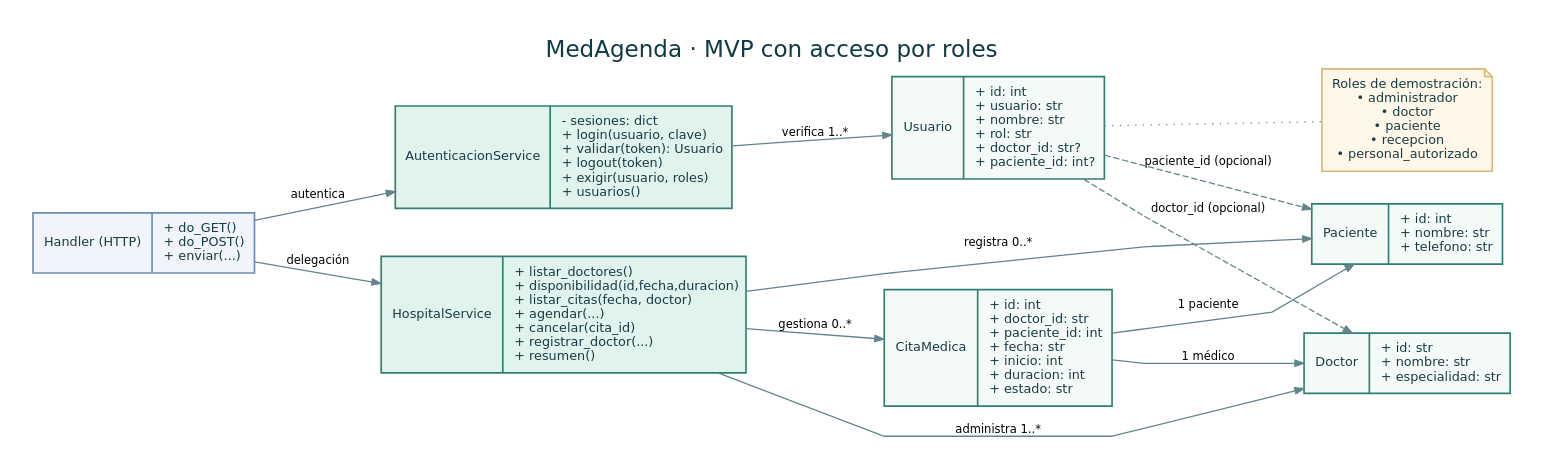
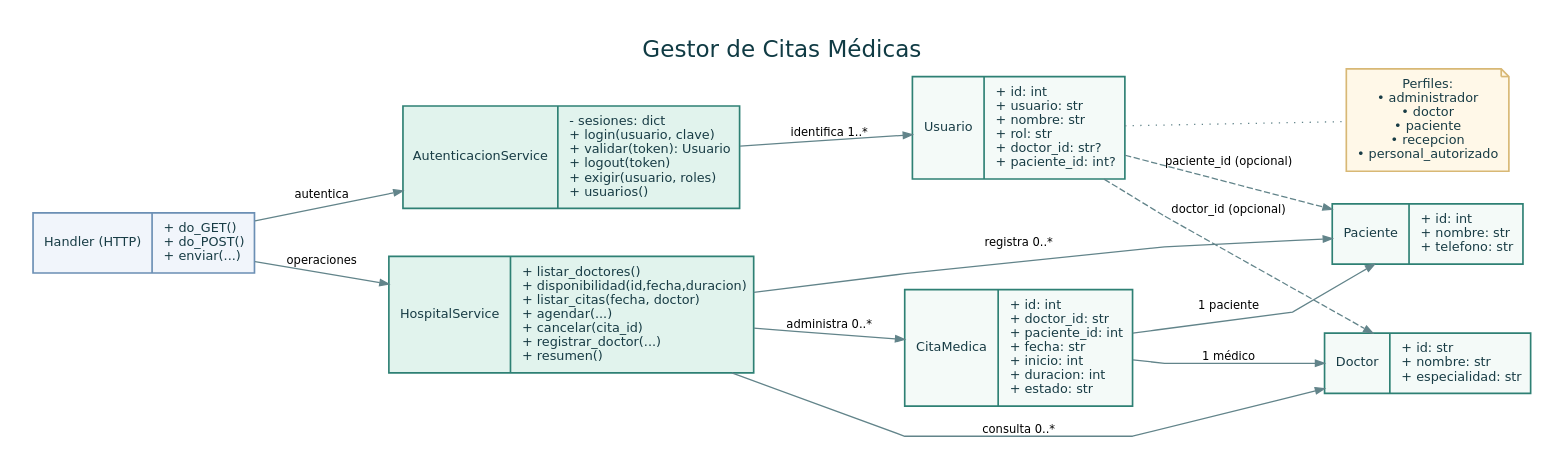
Before and after one commit to luisgabrielrosas4-glitch/Gestor_Hospital: the diagram in docs/diagrama_clases_mvp.dot, drawn with Graphviz. The commit also changed 2 other files, not shown here.

Commit message:
Actualizar diagrama UML del hospital

```diff
--- a/docs/diagrama_clases_mvp.dot
+++ b/docs/diagrama_clases_mvp.dot
@@ -1,24 +1,24 @@
 digraph UML {
-  graph [rankdir=LR, splines=polyline, bgcolor="white", nodesep="0.35", ranksep="0.7", pad="0.25", labelloc=t, label="MedAgenda · MVP con acceso por roles", fontname="DejaVu Sans", fontsize=18, fontcolor="#103b44"];
+  graph [rankdir=LR, splines=polyline, bgcolor="white", nodesep="0.35", ranksep="0.7", pad="0.25", labelloc=t, label="Gestor de Citas Médicas", fontname="DejaVu Sans", fontsize=18, fontcolor="#103b44"];
   node [shape=record,fontname="DejaVu Sans",fontsize=10,style="filled",fillcolor="#f4faf8",color="#2e8074",penwidth=1.3,fontcolor="#183c45",margin="0.13,0.1"];
   edge [color="#62848a",fontname="DejaVu Sans",fontsize=9,arrowsize=0.7];
   user [label="{Usuario|+ id: int\l+ usuario: str\l+ nombre: str\l+ rol: str\l+ doctor_id: str?\l+ paciente_id: int?\l}"];
-  auth [label="{AutenticacionService| - sesiones: dict\l+ login(usuario, clave)\l+ validar(token): Usuario\l+ logout(token)\l+ exigir(usuario, roles)\l+ usuarios()\l}",fillcolor="#e1f3ed"];
+  auth [label="{AutenticacionService|- sesiones: dict\l+ login(usuario, clave)\l+ validar(token): Usuario\l+ logout(token)\l+ exigir(usuario, roles)\l+ usuarios()\l}",fillcolor="#e1f3ed"];
   service [label="{HospitalService|+ listar_doctores()\l+ disponibilidad(id,fecha,duracion)\l+ listar_citas(fecha, doctor)\l+ agendar(...)\l+ cancelar(cita_id)\l+ registrar_doctor(...)\l+ resumen()\l}",fillcolor="#e1f3ed"];
   dr [label="{Doctor|+ id: str\l+ nombre: str\l+ especialidad: str\l}"];
   pt [label="{Paciente|+ id: int\l+ nombre: str\l+ telefono: str\l}"];
   ap [label="{CitaMedica|+ id: int\l+ doctor_id: str\l+ paciente_id: int\l+ fecha: str\l+ inicio: int\l+ duracion: int\l+ estado: str\l}"];
   handler [label="{Handler (HTTP)|+ do_GET()\l+ do_POST()\l+ enviar(...)\l}",fillcolor="#f1f5fb",color="#6b8fb4"];
-  role [shape=note,label="Roles de demostración:\n• administrador\n• doctor\n• paciente\n• recepcion\n• personal_autorizado",fillcolor="#fff8e8",color="#d8b875"];
-  service -> dr [label="administra 1..*"];
+  role [shape=note,label="Perfiles:\n• administrador\n• doctor\n• paciente\n• recepcion\n• personal_autorizado",fillcolor="#fff8e8",color="#d8b875"];
+  service -> dr [label="consulta 0..*"];
   service -> pt [label="registra 0..*"];
-  service -> ap [label="gestiona 0..*"];
+  service -> ap [label="administra 0..*"];
   ap -> dr [label="1 médico"];
   ap -> pt [label="1 paciente"];
-  auth -> user [label="verifica 1..*"];
+  auth -> user [label="identifica 1..*"];
   user -> dr [style=dashed,label="doctor_id (opcional)"];
   user -> pt [style=dashed,label="paciente_id (opcional)"];
   user -> role [style=dotted, arrowhead=none];
   handler -> auth [label="autentica"];
-  handler -> service [label="delegación"];
+  handler -> service [label="operaciones"];
 }
```
